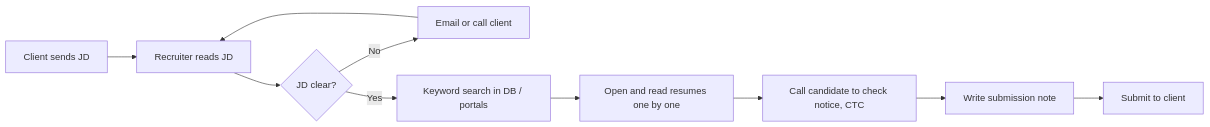
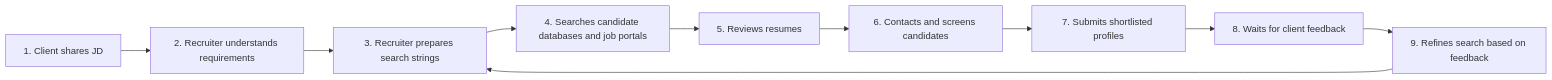
The first of 2 diagrams in docs/00-discovery/requirements-gathering.md (a54000/talentscout-agentic-hr), drawn with Mermaid before and after one commit. The commit also changed other lines of this file and 19 other files, not shown here.

````diff
--- a/docs/00-discovery/requirements-gathering.md
+++ b/docs/00-discovery/requirements-gathering.md
@@ -78,11 +47,12 @@
 ```mermaid
 flowchart LR
-  A[Client sends JD] --> B[Recruiter reads JD]
-  B --> C{JD clear?}
-  C -- No --> D[Email or call client] --> B
-  C -- Yes --> E[Keyword search in DB / portals]
-  E --> F[Open and read resumes one by one]
-  F --> G[Call candidate to check notice, CTC]
-  G --> H[Write submission note]
-  H --> I[Submit to client]
+  A[1. Client shares JD] --> B[2. Recruiter understands requirements]
+  B --> C[3. Recruiter prepares search strings]
+  C --> D[4. Searches candidate databases and job portals]
+  D --> E[5. Reviews resumes]
+  E --> F[6. Contacts and screens candidates]
+  F --> G[7. Submits shortlisted profiles]
+  G --> H[8. Waits for client feedback]
+  H --> I[9. Refines search based on feedback]
+  I --> C
 ```
````
